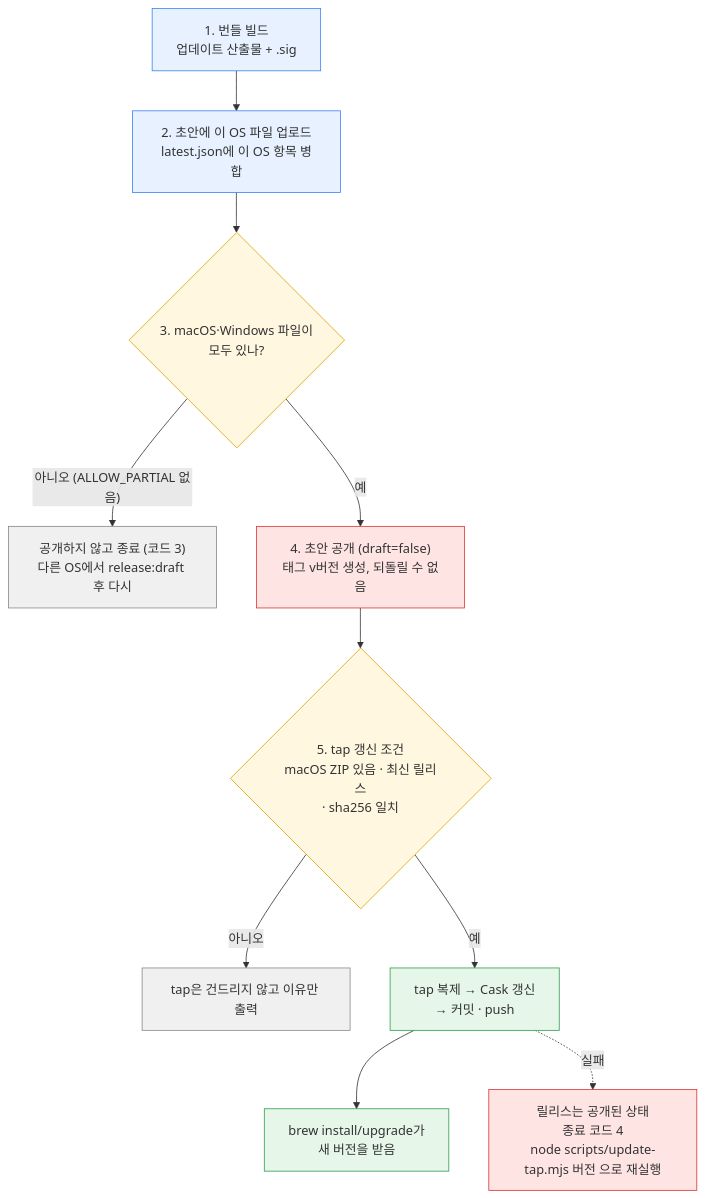
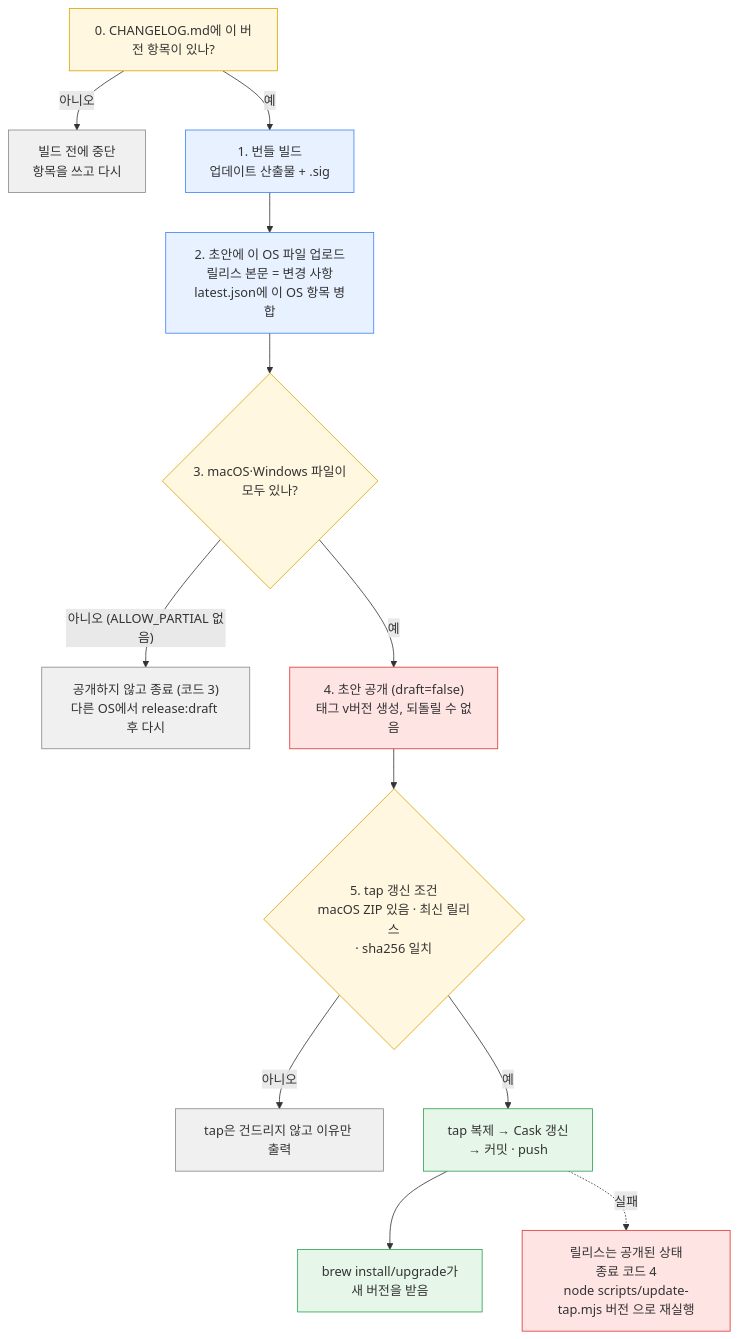
The diagram in AGENTS.md (gyuha/twin-deck), drawn with Mermaid before and after one commit. The commit also changed other lines of this file and 7 other files, not shown here.

Commit message:
릴리스 노트(변경 사항)를 CHANGELOG.md에 쓰고 릴리스 본문과 업데이트 창에 쓴다

````diff
--- a/AGENTS.md
+++ b/AGENTS.md
@@ -48,23 +64,27 @@
 ```mermaid
 flowchart TD
-    A["1. 번들 빌드<br/>업데이트 산출물 + .sig"] --> B["2. 초안에 이 OS 파일 업로드<br/>latest.json에 이 OS 항목 병합"]
+    Z["0. CHANGELOG.md에 이 버전 항목이 있나?"] -- "아니오" --> ZX["빌드 전에 중단<br/>항목을 쓰고 다시"]
+    Z -- "예" --> A["1. 번들 빌드<br/>업데이트 산출물 + .sig"]
+    A --> B["2. 초안에 이 OS 파일 업로드<br/>릴리스 본문 = 변경 사항<br/>latest.json에 이 OS 항목 병합"]
     B --> C{"3. macOS·Windows 파일이<br/>모두 있나?"}
     C -- "아니오 (ALLOW_PARTIAL 없음)" --> X["공개하지 않고 종료 (코드 3)<br/>다른 OS에서 release:draft 후 다시"]
     C -- "예" --> D["4. 초안 공개 (draft=false)<br/>태그 v버전 생성, 되돌릴 수 없음"]
     D --> E{"5. tap 갱신 조건<br/>macOS ZIP 있음 · 최신 릴리스<br/>· sha256 일치"}
     E -- "아니오" --> Y["tap은 건드리지 않고 이유만 출력"]
     E -- "예" --> F["tap 복제 → Cask 갱신<br/>→ 커밋 · push"]
     F --> G["brew install/upgrade가<br/>새 버전을 받음"]
     F -. "실패" .-> H["릴리스는 공개된 상태<br/>종료 코드 4<br/>node scripts/update-tap.mjs 버전 으로 재실행"]
 
+    style Z fill:#fff7e0,stroke:#d9a400
+    style ZX fill:#f0f0f0,stroke:#888
     style A fill:#e8f1ff,stroke:#3b82f6
     style B fill:#e8f1ff,stroke:#3b82f6
     style C fill:#fff7e0,stroke:#d9a400
     style D fill:#ffe4e4,stroke:#d33
     style E fill:#fff7e0,stroke:#d9a400
     style F fill:#e6f7ea,stroke:#2e9e4f
     style G fill:#e6f7ea,stroke:#2e9e4f
     style X fill:#f0f0f0,stroke:#888
     style Y fill:#f0f0f0,stroke:#888
     style H fill:#ffe4e4,stroke:#d33
 ```
````
